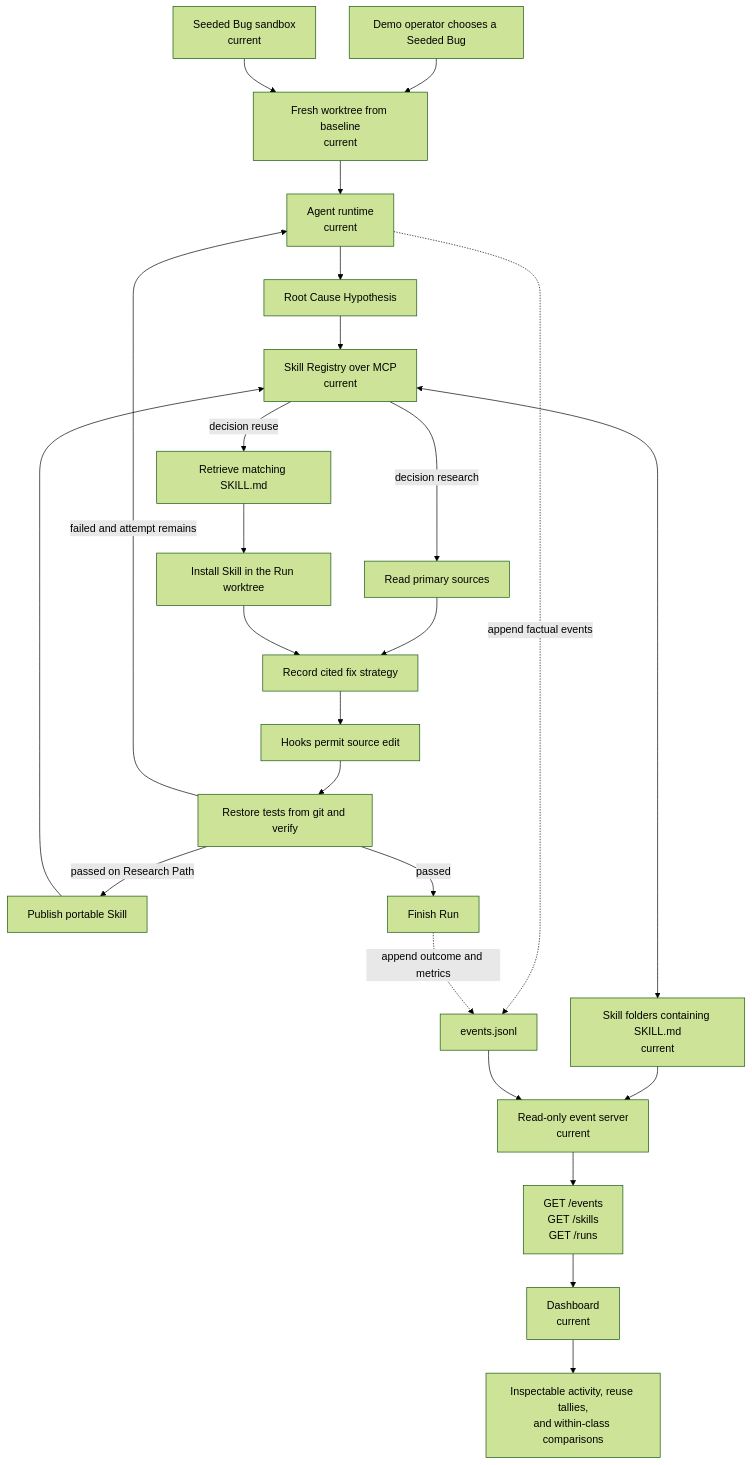
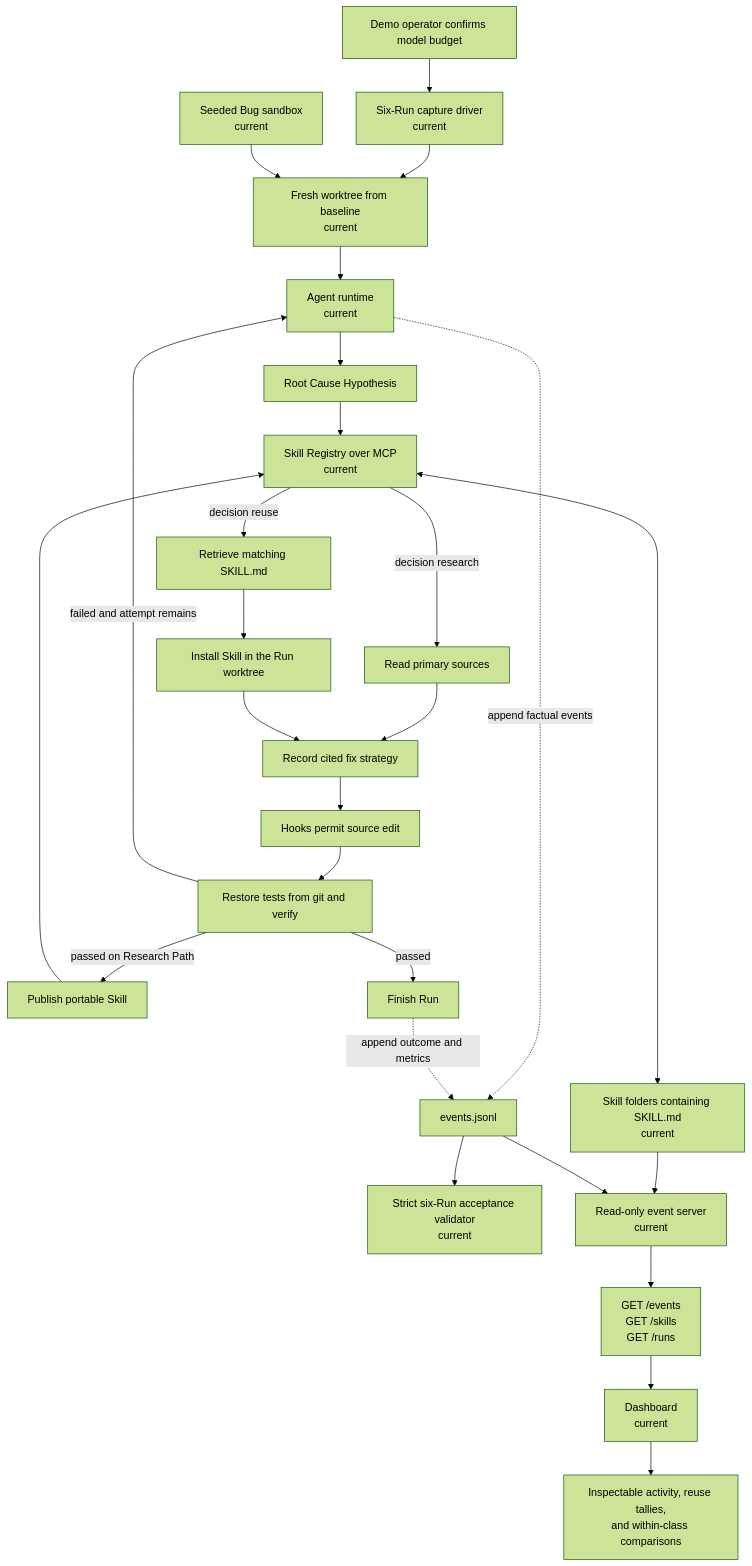
Before and after one commit to arnv15/Kintsugi: the second of 3 diagrams in docs/architecture/README.md, drawn with Mermaid (forest theme). The commit also changed other lines of this file and 8 other files, not shown here.

Commit message:
Prepare issue 7 six-run capture

````diff
--- a/docs/architecture/README.md
+++ b/docs/architecture/README.md
@@ -85,30 +87,32 @@
 ```mermaid
 flowchart TD
-  operator["Demo operator chooses a Seeded Bug"] --> worktree["Fresh worktree from baseline<br/>current"]
+  operator["Demo operator confirms model budget"] --> capture["Six-Run capture driver<br/>current"]
+  capture --> worktree["Fresh worktree from baseline<br/>current"]
   sandbox["Seeded Bug sandbox<br/>current"] --> worktree
   worktree --> agent["Agent runtime<br/>current"]
   agent --> hypothesis["Root Cause Hypothesis"]
   hypothesis --> registry["Skill Registry over MCP<br/>current"]
 
   registry -->|decision research| research["Read primary sources"]
   registry -->|decision reuse| retrieved["Retrieve matching SKILL.md"]
   research --> strategy["Record cited fix strategy"]
   retrieved --> install["Install Skill in the Run worktree"]
   install --> strategy
 
   strategy --> edit["Hooks permit source edit"]
   edit --> verify["Restore tests from git and verify"]
   verify -->|failed and attempt remains| agent
   verify -->|passed on Research Path| publish["Publish portable Skill"]
   publish --> registry
   verify -->|passed| finish["Finish Run"]
 
   agent -. "append factual events" .-> log["events.jsonl"]
   finish -. "append outcome and metrics" .-> log
+  log --> validate["Strict six-Run acceptance validator<br/>current"]
   registry <--> store["Skill folders containing SKILL.md<br/>current"]
   store --> eventServer["Read-only event server<br/>current"]
   log --> eventServer
   eventServer --> endpoints["GET /events<br/>GET /skills<br/>GET /runs"]
   endpoints --> dashboard["Dashboard<br/>current"]
   dashboard --> audience["Inspectable activity, reuse tallies,<br/>and within-class comparisons"]
 ```
````
